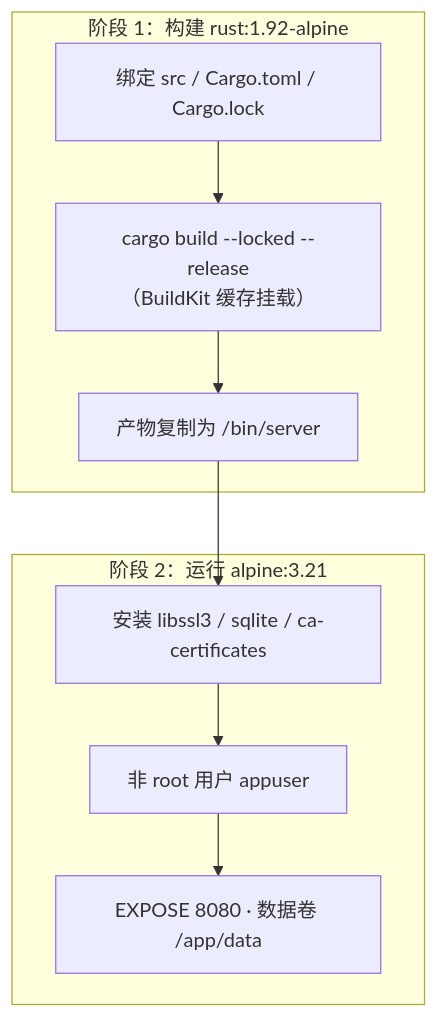
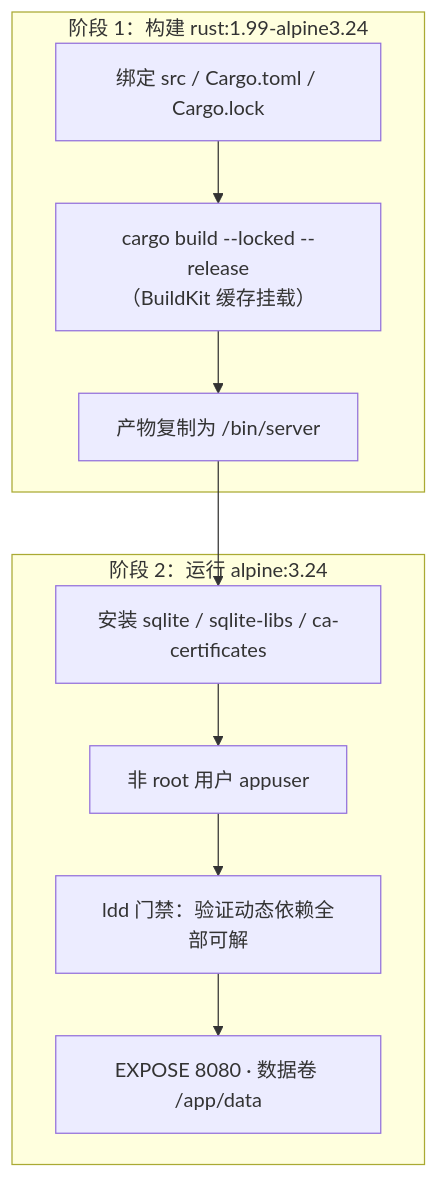
Before and after one commit to Kirky-X/fluxgate: the fourth of 4 diagrams in docs/USER_GUIDE.md, drawn with Mermaid. The commit also changed other lines of this file and 8 other files, not shown here.

````diff
--- a/docs/USER_GUIDE.md
+++ b/docs/USER_GUIDE.md
@@ -449,12 +539,13 @@
 ```mermaid
 flowchart TB
-    subgraph S1["阶段 1：构建 rust:1.92-alpine"]
+    subgraph S1["阶段 1：构建 rust:1.99-alpine3.24"]
         A["绑定 src / Cargo.toml / Cargo.lock"] --> B["cargo build --locked --release<br/>（BuildKit 缓存挂载）"]
         B --> C["产物复制为 /bin/server"]
     end
-    subgraph S2["阶段 2：运行 alpine:3.21"]
-        D["安装 libssl3 / sqlite / ca-certificates"] --> E["非 root 用户 appuser"]
-        E --> F["EXPOSE 8080 · 数据卷 /app/data"]
+    subgraph S2["阶段 2：运行 alpine:3.24"]
+        D["安装 sqlite / sqlite-libs / ca-certificates"] --> E["非 root 用户 appuser"]
+        E --> G["ldd 门禁：验证动态依赖全部可解"]
+        G --> F["EXPOSE 8080 · 数据卷 /app/data"]
     end
     C --> D
 ```
````
